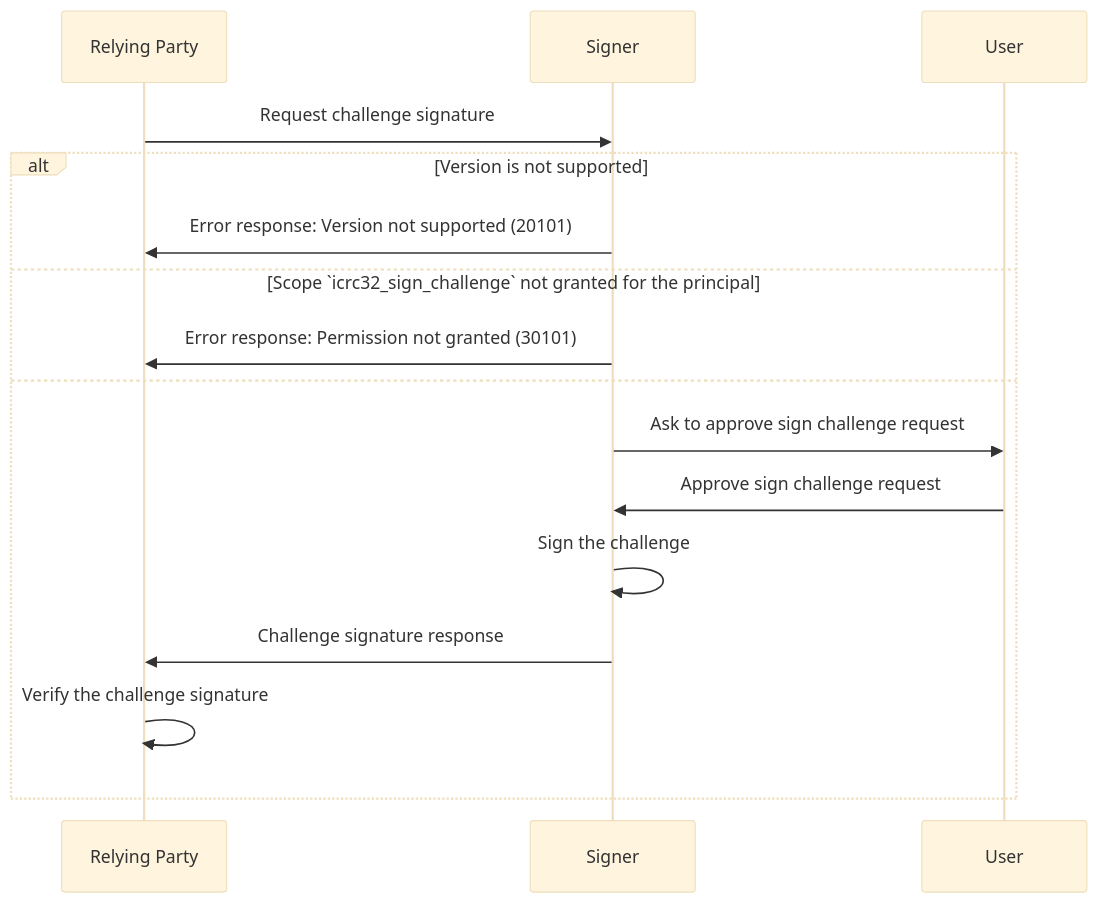
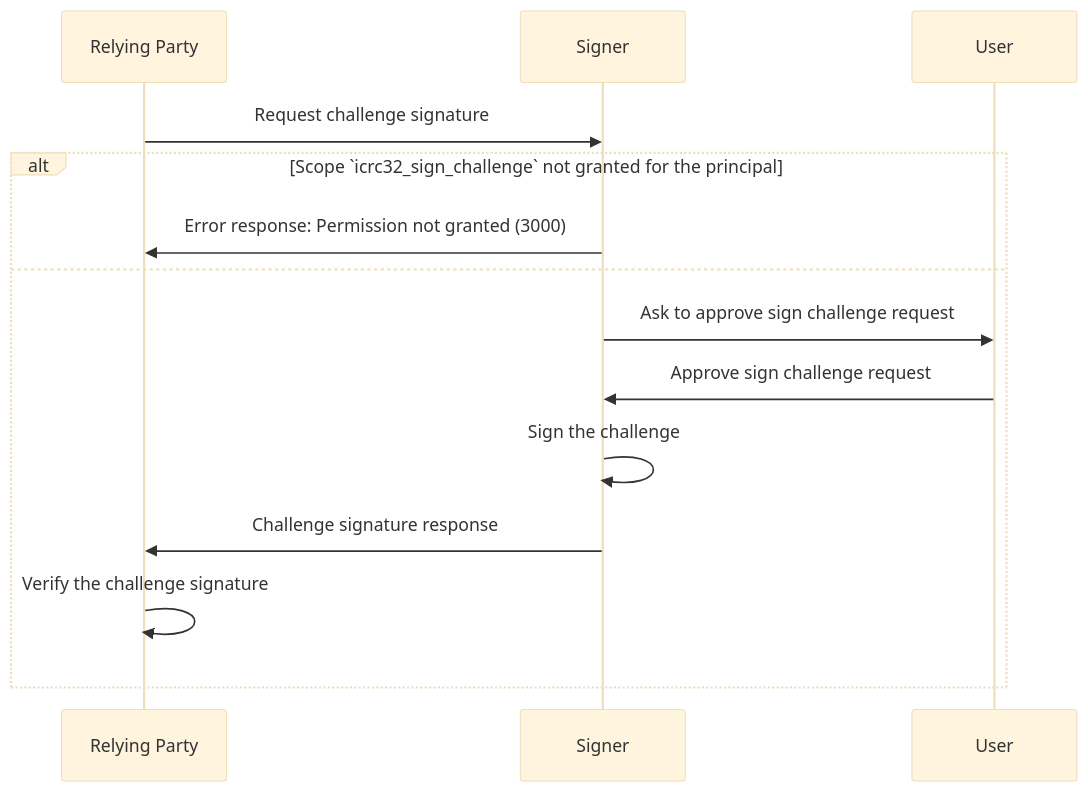
One commit to dfinity/wg-identity-authentication changed the diagram in topics/icrc_32_sign_challenge.md. Above: the diagram before and after it, drawn with Mermaid (base theme). The commit also changed other lines of this file, not shown here.

First line of the commit message:
ICRC-32: Drop version

````diff
--- a/topics/icrc_32_sign_challenge.md
+++ b/topics/icrc_32_sign_challenge.md
@@ -158,19 +149,17 @@
 ```mermaid
 sequenceDiagram
     participant RP as Relying Party
     participant S as Signer
     participant U as User
 
     RP ->> S: Request challenge signature
-    alt Version is not supported
-        S ->> RP: Error response: Version not supported (20101)
-    else Scope `icrc32_sign_challenge` not granted for the principal
-        S ->> RP: Error response: Permission not granted (30101)
+    alt Scope `icrc32_sign_challenge` not granted for the principal
+        S ->> RP: Error response: Permission not granted (3000)
     else
         S ->> U: Ask to approve sign challenge request
         U ->> S: Approve sign challenge request
         S ->> S: Sign the challenge
         S ->> RP: Challenge signature response
         RP ->> RP: Verify the challenge signature
     end
 ```
````
